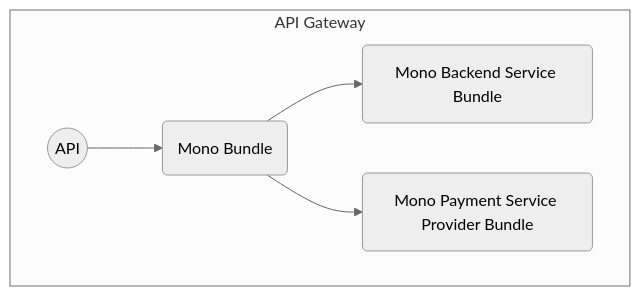
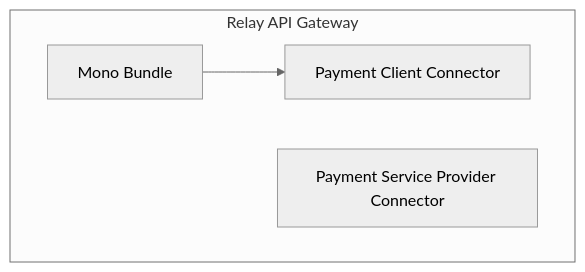
Before and after one commit to digital-blueprint/relay-mono-bundle: the diagram in docs/index.md, drawn with Mermaid (neutral theme). The commit also changed other lines of this file, not shown here.

````diff
--- a/docs/index.md
+++ b/docs/index.md
@@ -5,13 +5,10 @@
 ```mermaid
-graph TD
-    subgraph API Gateway
-        api(("API"))
-        mono_bundle("Mono Bundle")
-        mono_backend_service_bundle("Mono Backend Service Bundle")
-        mono_payment_service_provider_bundle("Mono Payment Service Provider Bundle")
+flowchart TB
+    subgraph Relay API Gateway
+        mono_bundle["Mono Bundle"]
+        mono_payment_client_bundle["Payment Client Connector"]
+        mono_payment_service_provider_bundle["Payment Service Provider Connector"]
     end
 
-    api --> mono_bundle
-    mono_bundle --> mono_backend_service_bundle
-    mono_bundle --> mono_payment_service_provider_bundle
+    mono_bundle --> mono_payment_client_bundle
 ```
````
